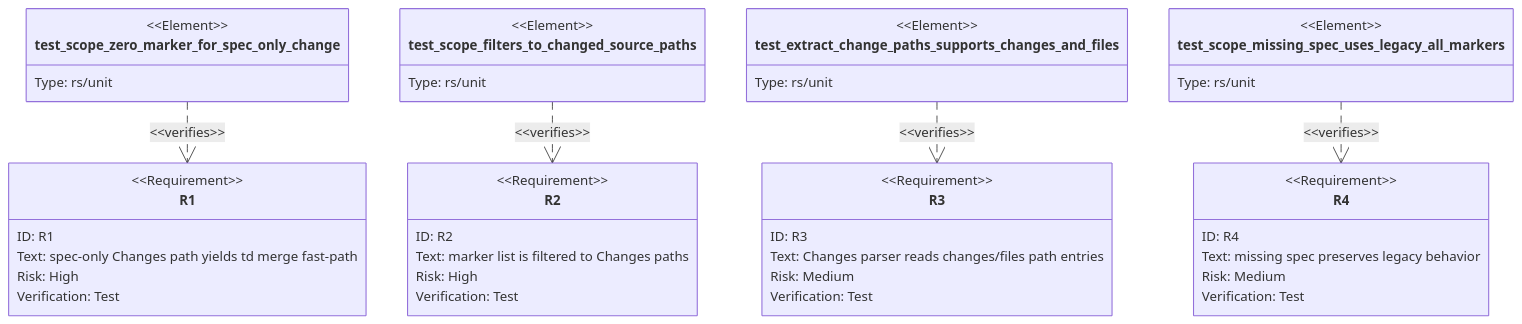
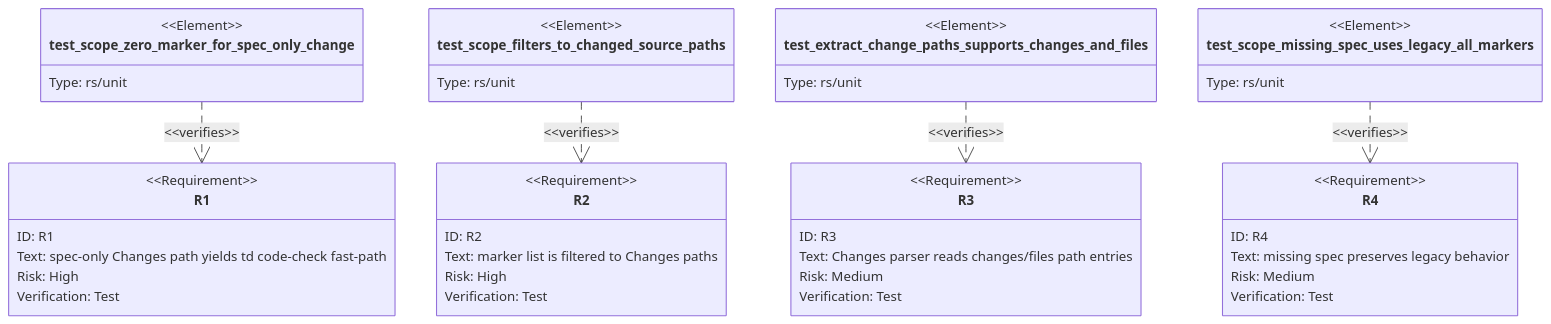
Before and after one commit to chrischeng-c4/axiom: the second of 2 diagrams in projects/agentic-workflow/tech-design/surface/specs/score-cb-fill-change-scope.md, drawn with Mermaid. The commit also changed other lines of this file and 65 other files, not shown here.

```diff
--- a/projects/agentic-workflow/tech-design/surface/specs/score-cb-fill-change-scope.md
+++ b/projects/agentic-workflow/tech-design/surface/specs/score-cb-fill-change-scope.md
@@ -116,7 +116,7 @@
 requirements:
   r1_zero_marker_fast_path:
     id: R1
-    text: "A spec whose Changes paths contain zero HANDWRITE markers yields an empty scoped list and dispatches td merge"
+    text: "A spec whose Changes paths contain zero HANDWRITE markers yields an empty scoped list and dispatches td code-check"
     kind: functional
     risk: high
     verify: test
@@ -164,7 +164,7 @@
 requirementDiagram
     requirement R1 {
       id: R1
-      text: "spec-only Changes path yields td merge fast-path"
+      text: "spec-only Changes path yields td code-check fast-path"
       risk: high
       verifymethod: test
     }
```
